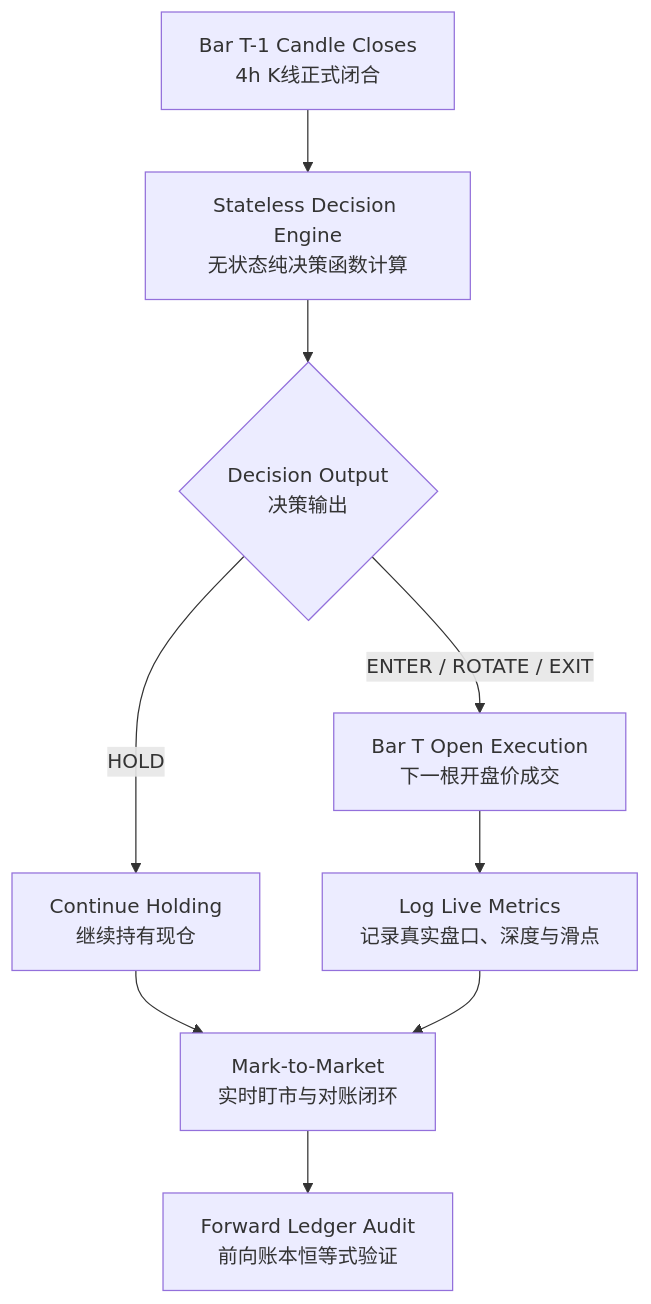
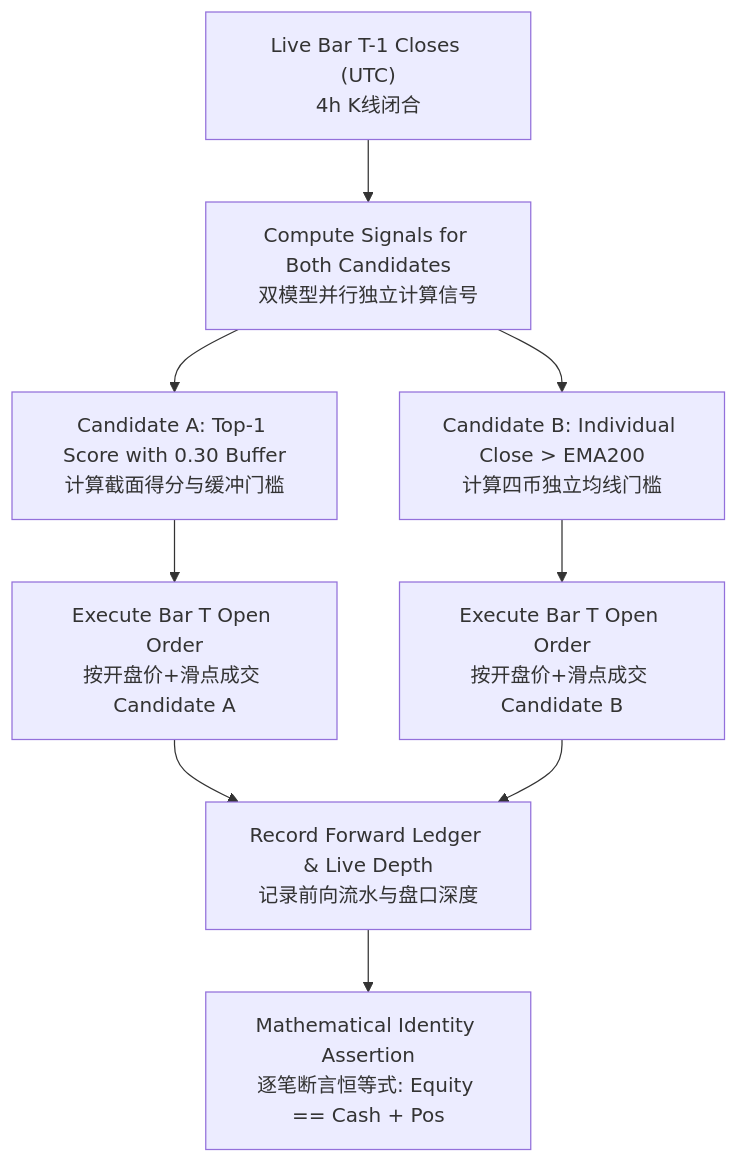
One commit to liuqi6776/crypto changed the diagram in docs/FORWARD_PAPER_EVALUATION_PROTOCOL.md. Above: the diagram before and after it, drawn with Mermaid. The commit also changed other lines of this file and 3 other files, not shown here.

````diff
--- a/docs/FORWARD_PAPER_EVALUATION_PROTOCOL.md
+++ b/docs/FORWARD_PAPER_EVALUATION_PROTOCOL.md
@@ -45,11 +66,11 @@
 ```mermaid
 flowchart TD
-    A["Bar T-1 Candle Closes<br/>4h K线正式闭合"] --> B["Stateless Decision Engine<br/>无状态纯决策函数计算"]
-    B --> C{"Decision Output<br/>决策输出"}
-    C -->|"ENTER / ROTATE / EXIT"| D["Bar T Open Execution<br/>下一根开盘价成交"]
-    C -->|"HOLD"| E["Continue Holding<br/>继续持有现仓"]
-    D --> F["Log Live Metrics<br/>记录真实盘口、深度与滑点"]
-    E --> G["Mark-to-Market<br/>实时盯市与对账闭环"]
+    A["Live Bar T-1 Closes (UTC)<br/>4h K线闭合"] --> B["Compute Signals for Both Candidates<br/>双模型并行独立计算信号"]
+    B --> C["Candidate A: Top-1 Score with 0.30 Buffer<br/>计算截面得分与缓冲门槛"]
+    B --> D["Candidate B: Individual Close > EMA200<br/>计算四币独立均线门槛"]
+    C --> E["Execute Bar T Open Order<br/>按开盘价+滑点成交 Candidate A"]
+    D --> F["Execute Bar T Open Order<br/>按开盘价+滑点成交 Candidate B"]
+    E --> G["Record Forward Ledger & Live Depth<br/>记录前向流水与盘口深度"]
     F --> G
-    G --> H["Forward Ledger Audit<br/>前向账本恒等式验证"]
+    G --> H["Mathematical Identity Assertion<br/>逐笔断言恒等式: Equity == Cash + Pos"]
 ```
````
